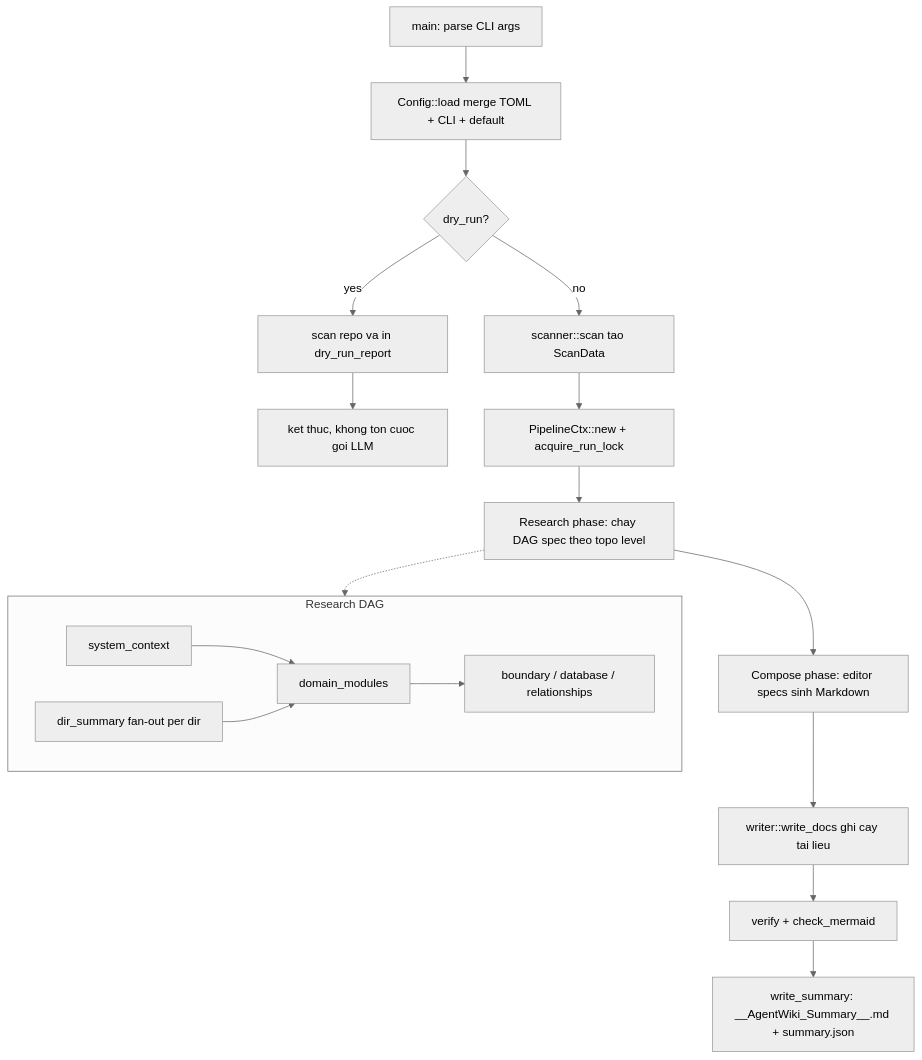
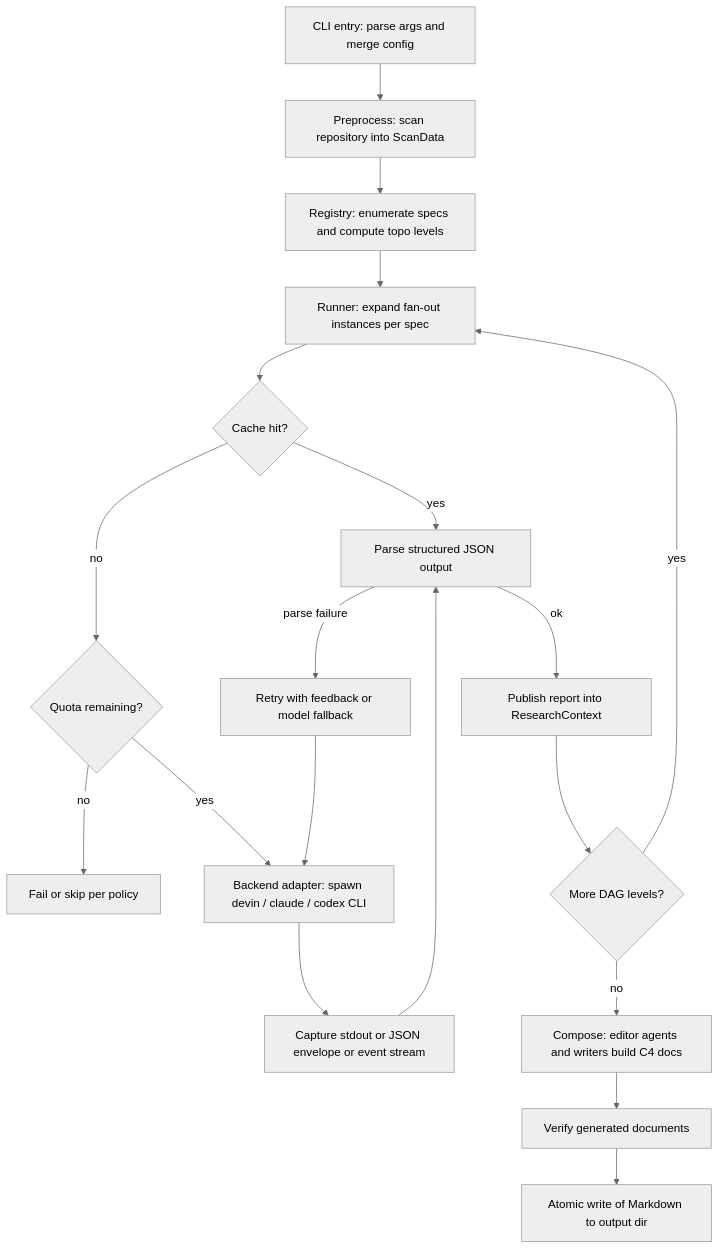
The second of 5 diagrams in docs/vi/3.Workflow.md (tidusvn05/agentwiki), drawn with Mermaid (neutral theme) before and after one commit. The commit also changed other lines of this file and 49 other files, not shown here.

````diff
--- a/docs/vi/3.Workflow.md
+++ b/docs/vi/3.Workflow.md
@@ -11,21 +38,21 @@
 ```mermaid
 flowchart TD
-    A[main: parse CLI args] --> B[Config::load merge TOML + CLI + default]
-    B --> C{dry_run?}
-    C -- yes --> C1[scan repo va in dry_run_report]
-    C1 --> C2[ket thuc, khong ton cuoc goi LLM]
-    C -- no --> D[scanner::scan tao ScanData]
-    D --> E[PipelineCtx::new + acquire_run_lock]
-    E --> F[Research phase: chay DAG spec theo topo level]
-    F --> G[Compose phase: editor specs sinh Markdown]
-    G --> H[writer::write_docs ghi cay tai lieu]
-    H --> I[verify + check_mermaid]
-    I --> J[write_summary: __AgentWiki_Summary__.md + summary.json]
-
-    subgraph RESEARCH[Research DAG]
-        R1[system_context] --> R3[domain_modules]
-        R2[dir_summary fan-out per dir] --> R3
-        R3 --> R4[boundary / database / relationships]
-    end
-    F -.-> RESEARCH
+    A[CLI entry: parse args and merge config] --> B[Preprocess: scan repository into ScanData]
+    B --> C[Registry: enumerate specs and compute topo levels]
+    C --> D[Runner: expand fan-out instances per spec]
+    D --> E{Cache hit?}
+    E -->|yes| H[Parse structured JSON output]
+    E -->|no| F{Quota remaining?}
+    F -->|no| F1[Fail or skip per policy]
+    F -->|yes| G[Backend adapter: spawn devin / claude / codex CLI]
+    G --> G1[Capture stdout or JSON envelope or event stream]
+    G1 --> H
+    H -->|parse failure| I[Retry with feedback or model fallback]
+    I --> G
+    H -->|ok| J[Publish report into ResearchContext]
+    J --> K{More DAG levels?}
+    K -->|yes| D
+    K -->|no| L[Compose: editor agents and writers build C4 docs]
+    L --> M[Verify generated documents]
+    M --> N[Atomic write of Markdown to output dir]
 ```
````
